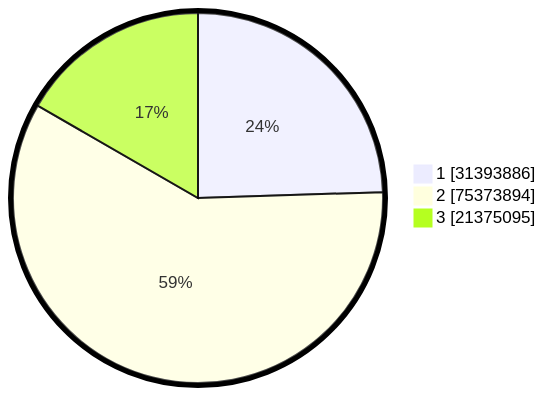
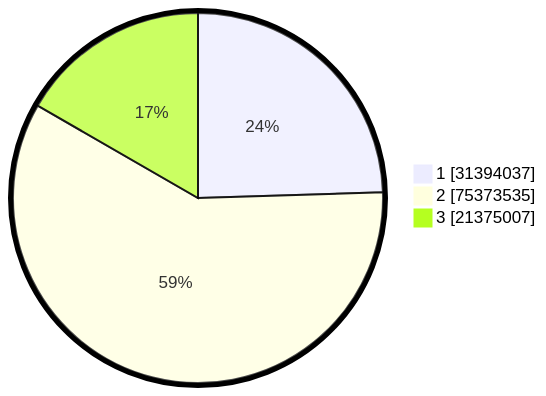
Before and after one commit to gigit-pemilu/pemilu-2024: the second of 2 diagrams in pilpres/hitung-suara/README.md, drawn with Mermaid. The commit also changed other lines of this file and 10 other files, not shown here.

````diff
--- a/pilpres/hitung-suara/README.md
+++ b/pilpres/hitung-suara/README.md
@@ -93,7 +93,7 @@
 ```mermaid
 %%{init: {"pie": {"textPosition": 0.5}, "themeVariables": {"pieOuterStrokeWidth": "5px"}} }%%
 pie showData
-    "1" : 31393886
-    "2" : 75373894
-    "3" : 21375095
+    "1" : 31394037
+    "2" : 75373535
+    "3" : 21375007
 ```
````
